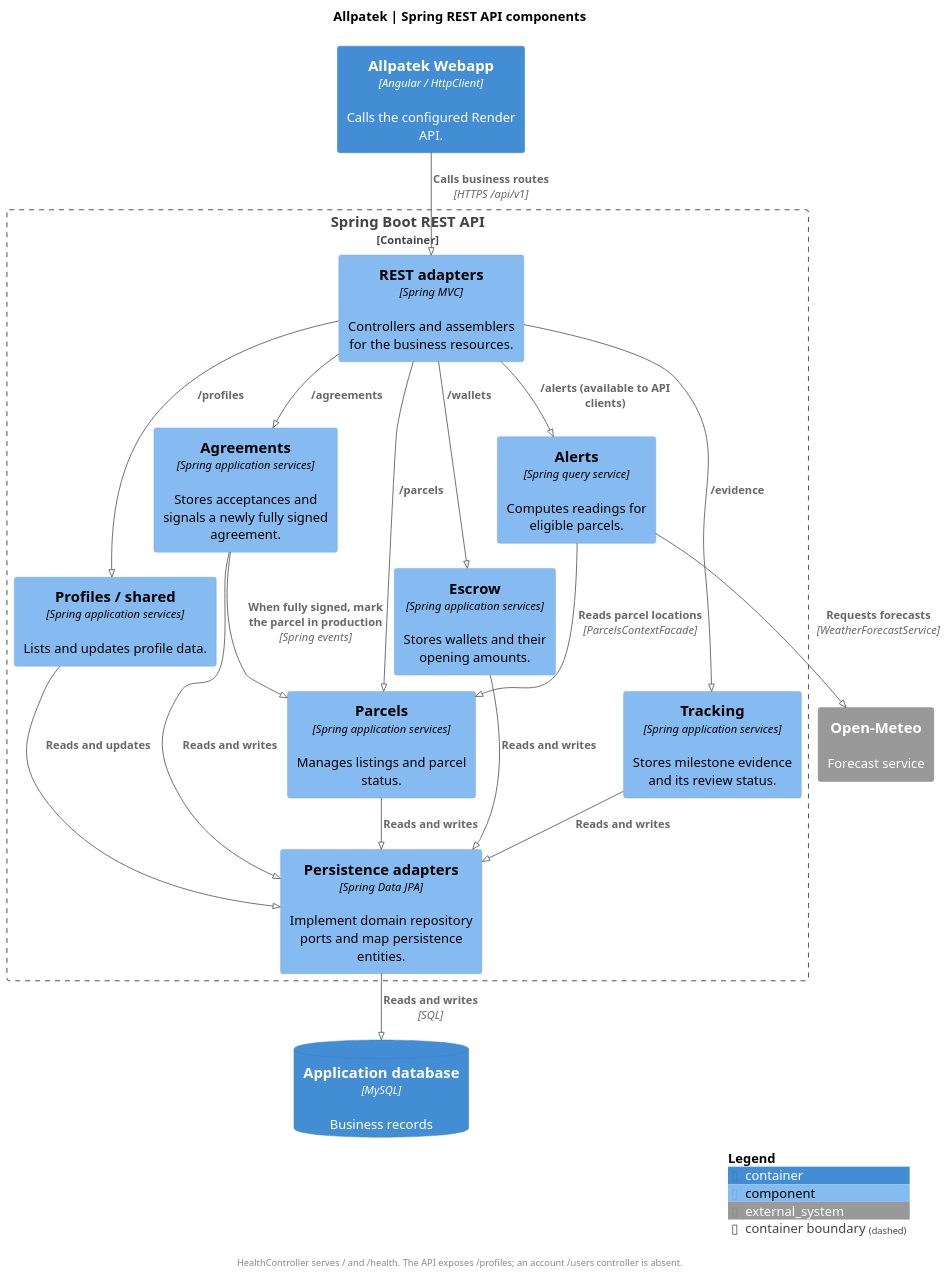
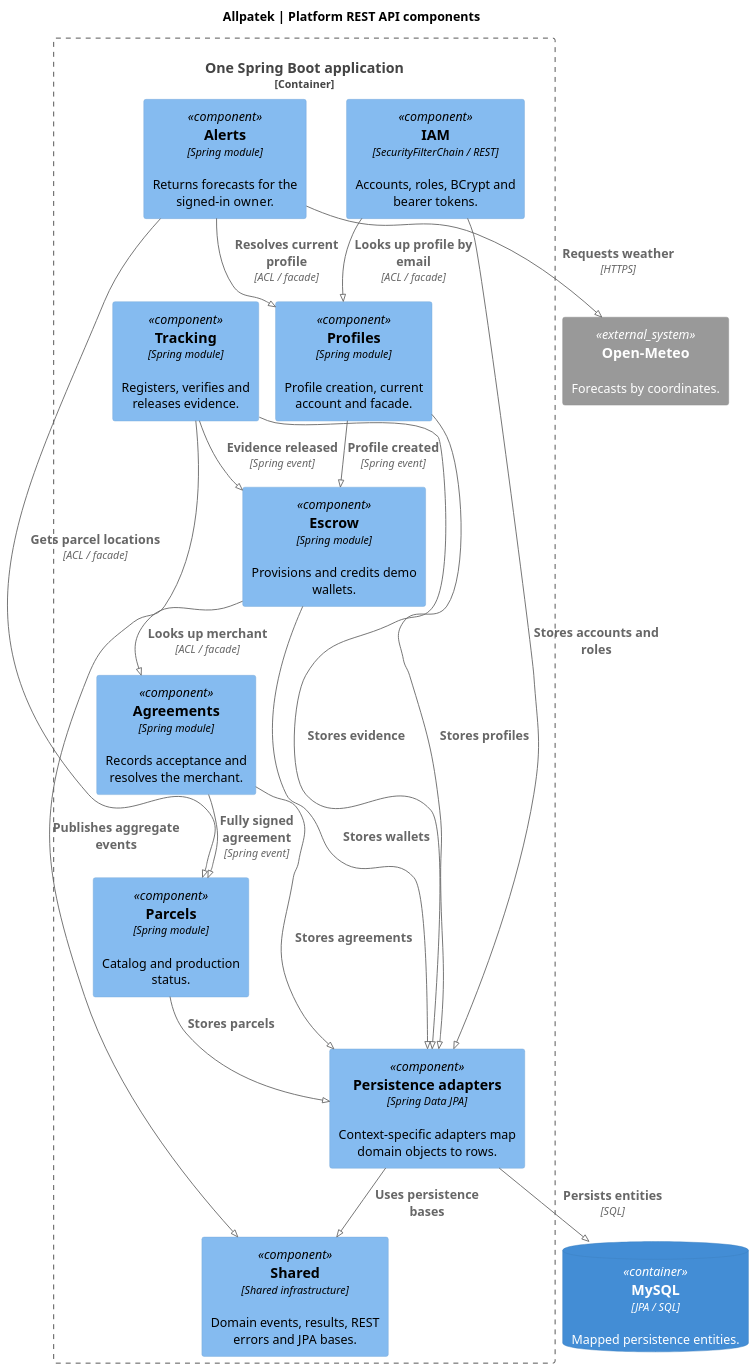
Before and after one commit to upc-pre-202620-1asi0729-7753-Terranova/allpatek-report: the diagram in assets/chapter-04/architecture/04-api-components.puml, drawn with PlantUML. The commit also changed 3 other files, not shown here.

Commit message:
docs(c4): map Sprint 4 modules and their integration events

```diff
--- a/assets/chapter-04/architecture/04-api-components.puml
+++ b/assets/chapter-04/architecture/04-api-components.puml
@@ -1,43 +1,41 @@
 @startuml
 !pragma layout smetana
 !include <C4/C4_Component>
 skinparam backgroundColor white
 skinparam defaultFontName SansSerif
+skinparam defaultFontSize 14
 skinparam shadowing false
-skinparam dpi 125
-title Allpatek | Spring REST API components
+skinparam dpi 120
 LAYOUT_TOP_DOWN()
-
-Container(web, "Allpatek Webapp", "Angular / HttpClient", "Calls the configured Render API.")
-Container_Boundary(api, "Spring Boot REST API") {
-  Component(rest, "REST adapters", "Spring MVC", "Controllers and assemblers for the business resources.")
-  Component(profiles, "Profiles / shared", "Spring application services", "Lists and updates profile data.")
-  Component(land, "Parcels", "Spring application services", "Manages listings and parcel status.")
-  Component(agreements, "Agreements", "Spring application services", "Stores acceptances and signals a newly fully signed agreement.")
-  Component(wallets, "Escrow", "Spring application services", "Stores wallets and their opening amounts.")
-  Component(evidence, "Tracking", "Spring application services", "Stores milestone evidence and its review status.")
-  Component(alerts, "Alerts", "Spring query service", "Computes readings for eligible parcels.")
-  Component(persistence, "Persistence adapters", "Spring Data JPA", "Implement domain repository ports and map persistence entities.")
+title Allpatek | Platform REST API components
+Container_Boundary(bound, "One Spring Boot application") {
+  Component(iam, "IAM", "SecurityFilterChain / REST", "Accounts, roles, BCrypt and bearer tokens.")
+  Component(pf, "Profiles", "Spring module", "Profile creation, current account and facade.")
+  Component(pa, "Parcels", "Spring module", "Catalog and production status.")
+  Component(ag, "Agreements", "Spring module", "Records acceptance and resolves the merchant.")
+  Component(tr, "Tracking", "Spring module", "Registers, verifies and releases evidence.")
+  Component(es, "Escrow", "Spring module", "Provisions and credits demo wallets.")
+  Component(al, "Alerts", "Spring module", "Returns forecasts for the signed-in owner.")
+  Component(sh, "Shared", "Shared infrastructure", "Domain events, results, REST errors and JPA bases.")
+  Component(jpa, "Persistence adapters", "Spring Data JPA", "Context-specific adapters map domain objects to rows.")
 }
-ContainerDb(db, "Application database", "MySQL", "Business records")
-System_Ext(weather, "Open-Meteo", "Forecast service")
-
-Rel(web, rest, "Calls business routes", "HTTPS /api/v1")
-Rel(rest, profiles, "/profiles")
-Rel(rest, land, "/parcels")
-Rel(rest, agreements, "/agreements")
-Rel(rest, wallets, "/wallets")
-Rel(rest, evidence, "/evidence")
-Rel(rest, alerts, "/alerts (available to API clients)")
-Rel(profiles, persistence, "Reads and updates")
-Rel(land, persistence, "Reads and writes")
-Rel(agreements, persistence, "Reads and writes")
-Rel(wallets, persistence, "Reads and writes")
-Rel(evidence, persistence, "Reads and writes")
-Rel(agreements, land, "When fully signed, mark the parcel in production", "Spring events")
-Rel(alerts, land, "Reads parcel locations", "ParcelsContextFacade")
-Rel(alerts, weather, "Requests forecasts", "WeatherForecastService")
-Rel(persistence, db, "Reads and writes", "SQL")
-footer HealthController serves / and /health. The API exposes /profiles; an account /users controller is absent.
-SHOW_LEGEND()
+ContainerDb(db, "MySQL", "JPA / SQL", "Mapped persistence entities.")
+System_Ext(meteo, "Open-Meteo", "Forecasts by coordinates.")
+Rel(iam, pf, "Looks up profile by email", "ACL / facade")
+Rel(ag, pa, "Fully signed agreement", "Spring event")
+Rel(pf, es, "Profile created", "Spring event")
+Rel(tr, es, "Evidence released", "Spring event")
+Rel(es, ag, "Looks up merchant", "ACL / facade")
+Rel(al, pa, "Gets parcel locations", "ACL / facade")
+Rel(al, pf, "Resolves current profile", "ACL / facade")
+Rel(al, meteo, "Requests weather", "HTTPS")
+Rel(jpa, db, "Persists entities", "SQL")
+Rel(jpa, sh, "Uses persistence bases")
+Rel(tr, sh, "Publishes aggregate events")
+Rel(iam, jpa, "Stores accounts and roles")
+Rel(pa, jpa, "Stores parcels")
+Rel(pf, jpa, "Stores profiles")
+Rel(ag, jpa, "Stores agreements")
+Rel(tr, jpa, "Stores evidence")
+Rel(es, jpa, "Stores wallets")
 @enduml
```
